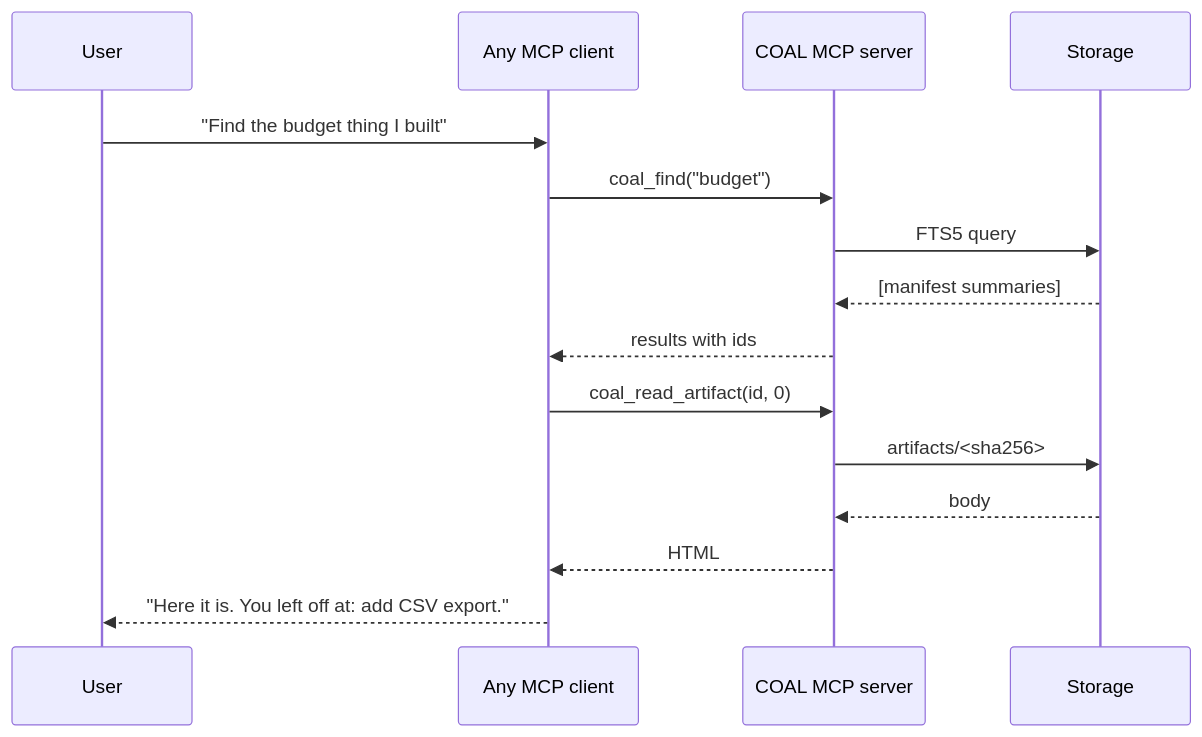
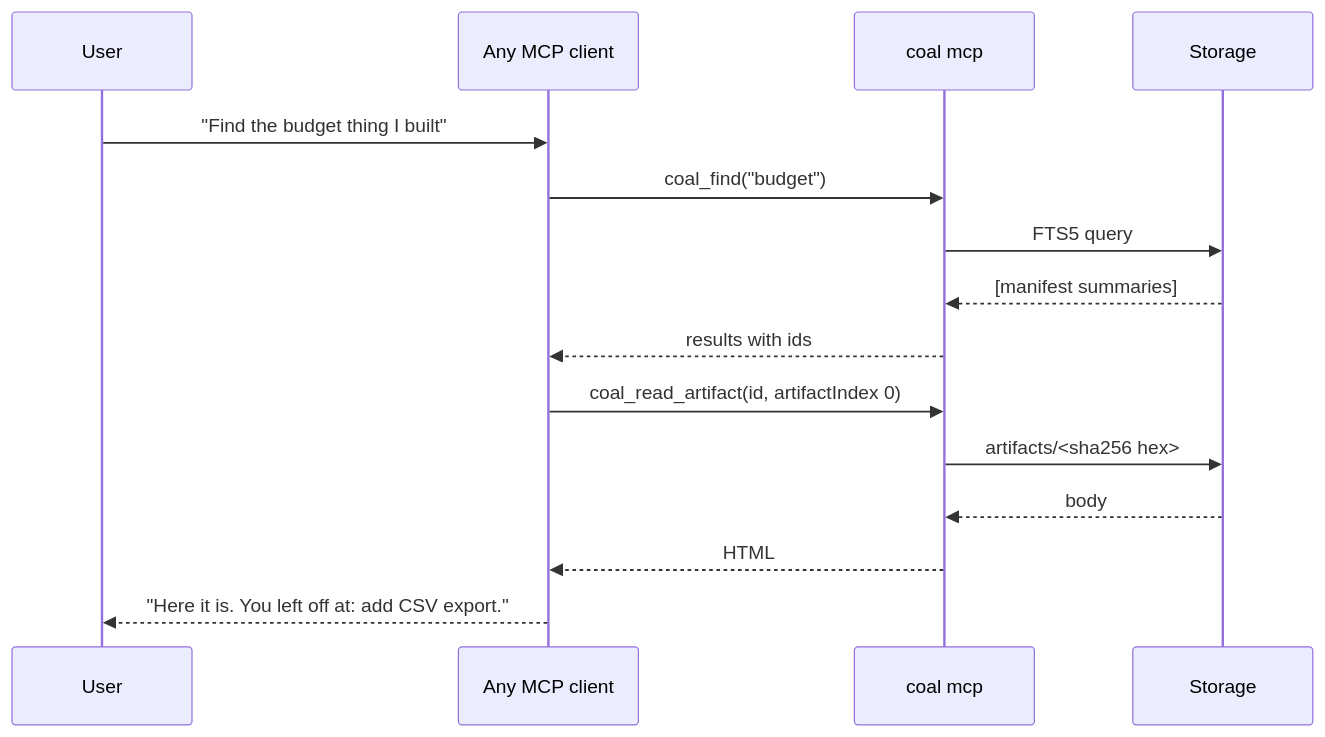
One commit to calebtonn/coal changed the fifth of 7 diagrams in docs/03-ARCHITECTURE.md. Above: the diagram before and after it, drawn with Mermaid. The commit also changed other lines of this file and 13 other files, not shown here.

````diff
--- a/docs/03-ARCHITECTURE.md
+++ b/docs/03-ARCHITECTURE.md
@@ -102,18 +152,18 @@
 ```mermaid
 sequenceDiagram
     participant U as User
     participant T as Any MCP client
-    participant M as COAL MCP server
+    participant M as coal mcp
     participant S as Storage
 
     U->>T: "Find the budget thing I built"
     T->>M: coal_find("budget")
     M->>S: FTS5 query
     S-->>M: [manifest summaries]
     M-->>T: results with ids
-    T->>M: coal_read_artifact(id, 0)
-    M->>S: artifacts/<sha256>
+    T->>M: coal_read_artifact(id, artifactIndex 0)
+    M->>S: artifacts/<sha256 hex>
     S-->>M: body
     M-->>T: HTML
     T-->>U: "Here it is. You left off at: add CSV export."
 ```
````
